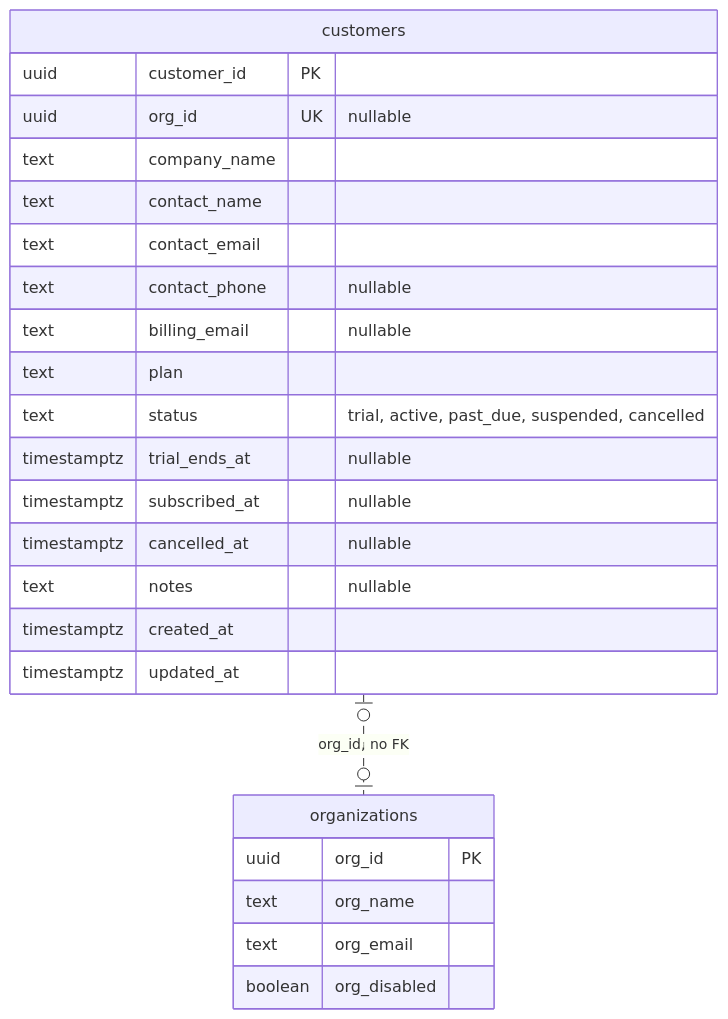
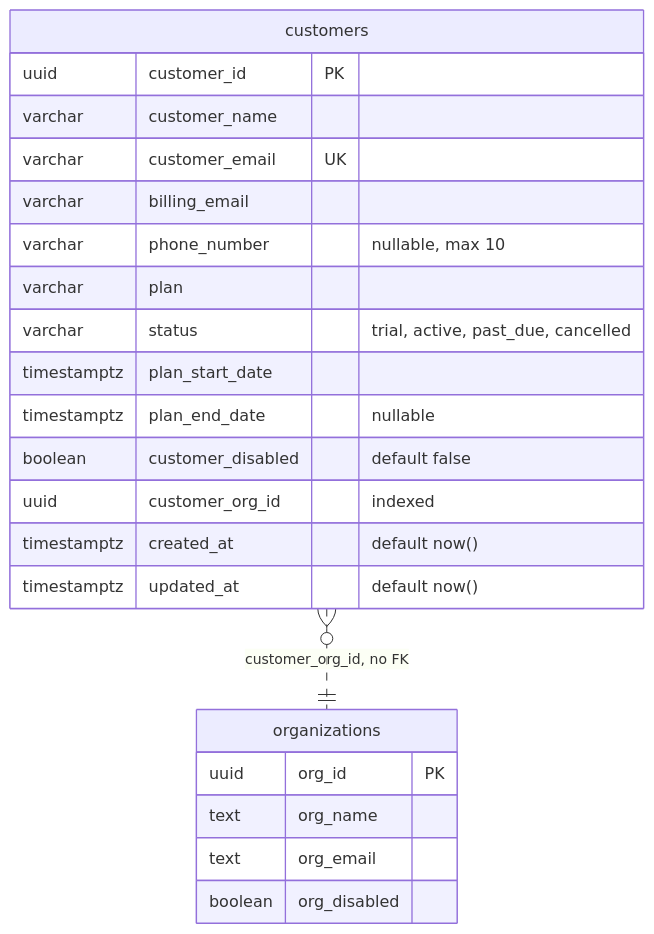
Before and after one commit to JyothirmaiKondepudi/madras-menu-admin-backend: the second of 2 diagrams in README.md, drawn with Mermaid. The commit also changed other lines of this file, not shown here.

````diff
--- a/README.md
+++ b/README.md
@@ -58,27 +60,25 @@
 ```mermaid
 erDiagram
-    customers |o..o| organizations : "org_id, no FK"
+    customers }o..|| organizations : "customer_org_id, no FK"
     customers {
         uuid customer_id PK
-        uuid org_id UK "nullable"
-        text company_name
-        text contact_name
-        text contact_email
-        text contact_phone "nullable"
-        text billing_email "nullable"
-        text plan
-        text status "trial, active, past_due, suspended, cancelled"
-        timestamptz trial_ends_at "nullable"
-        timestamptz subscribed_at "nullable"
-        timestamptz cancelled_at "nullable"
-        text notes "nullable"
-        timestamptz created_at
-        timestamptz updated_at
+        varchar customer_name
+        varchar customer_email UK
+        varchar billing_email
+        varchar phone_number "nullable, max 10"
+        varchar plan
+        varchar status "trial, active, past_due, cancelled"
+        timestamptz plan_start_date
+        timestamptz plan_end_date "nullable"
+        boolean customer_disabled "default false"
+        uuid customer_org_id "indexed"
+        timestamptz created_at "default now()"
+        timestamptz updated_at "default now()"
     }
     organizations {
         uuid org_id PK
         text org_name
         text org_email
         boolean org_disabled
     }
 ```
````
